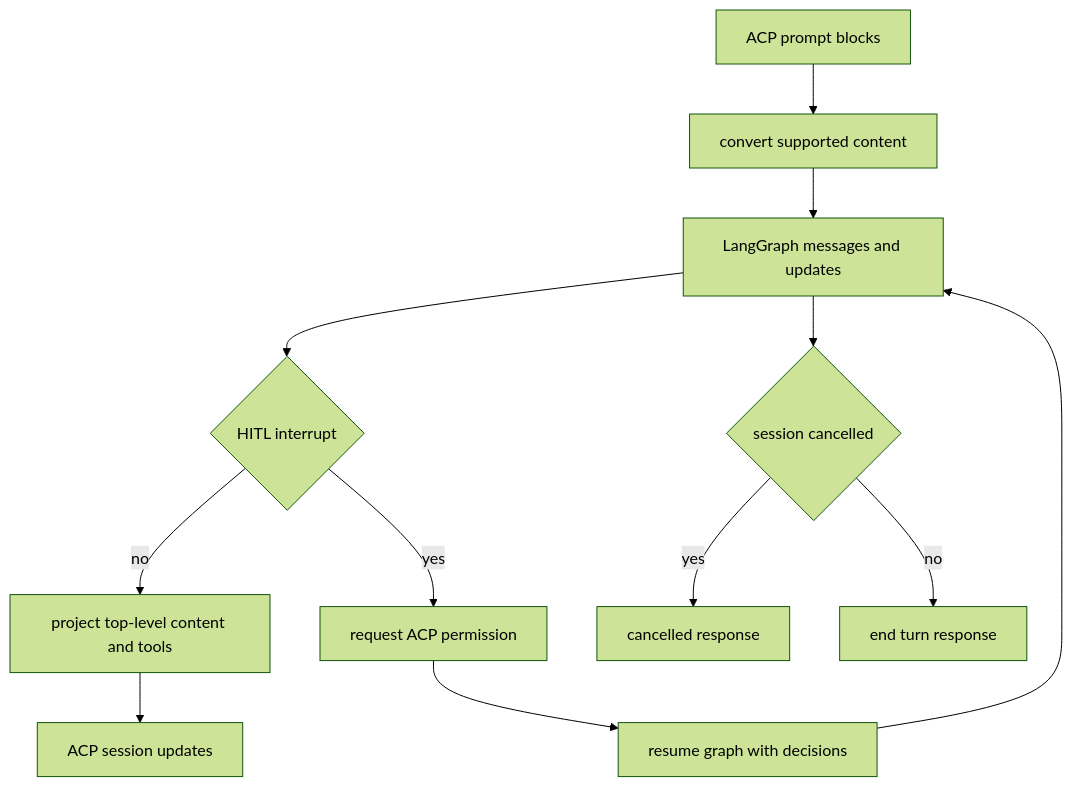
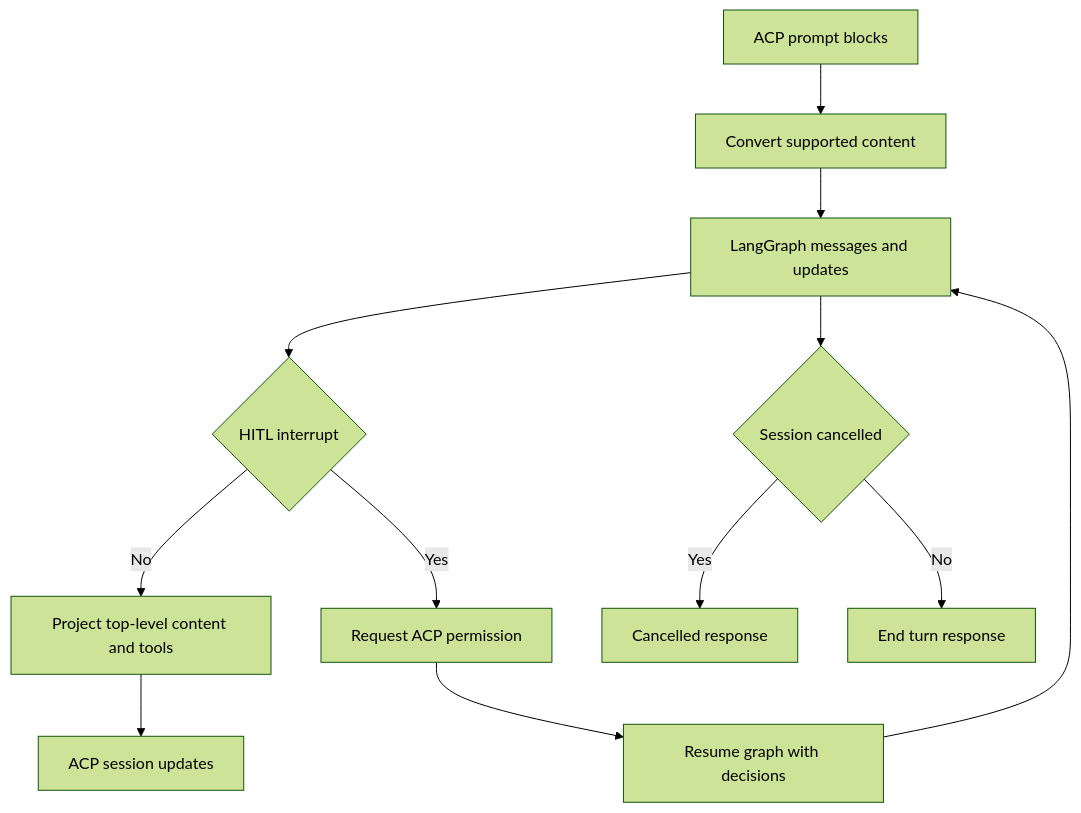
One commit to langchain-ai/deepagents changed the third of 3 diagrams in openwiki/integrations/acp.md. Above: the diagram before and after it, drawn with Mermaid (forest theme). The commit also changed other lines of this file and 35 other files, not shown here.

````diff
--- a/openwiki/integrations/acp.md
+++ b/openwiki/integrations/acp.md
@@ -95,14 +93,14 @@
 ```mermaid
 flowchart TD
-    Prompt["ACP prompt blocks"] --> Convert["convert supported content"]
+    Prompt["ACP prompt blocks"] --> Convert["Convert supported content"]
     Convert --> Stream["LangGraph messages and updates"]
     Stream --> Interrupt{"HITL interrupt"}
-    Interrupt -->|no| Project["project top-level content and tools"]
+    Interrupt -->|No| Project["Project top-level content and tools"]
     Project --> Client["ACP session updates"]
-    Interrupt -->|yes| Permission["request ACP permission"]
-    Permission --> Resume["resume graph with decisions"]
+    Interrupt -->|Yes| Permission["Request ACP permission"]
+    Permission --> Resume["Resume graph with decisions"]
     Resume --> Stream
-    Stream --> Cancel{"session cancelled"}
-    Cancel -->|yes| Cancelled["cancelled response"]
-    Cancel -->|no| Complete["end turn response"]
+    Stream --> Cancel{"Session cancelled"}
+    Cancel -->|Yes| Cancelled["Cancelled response"]
+    Cancel -->|No| Finished["End turn response"]
 ```
````
